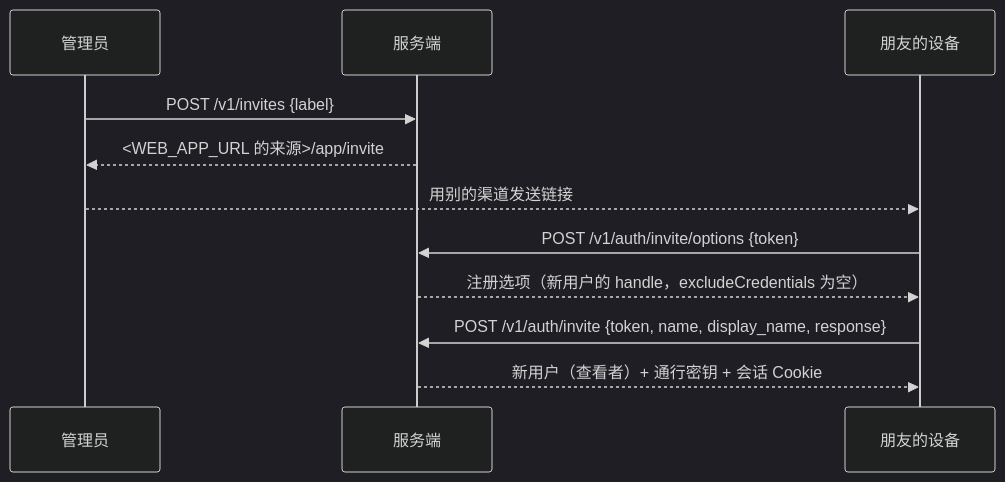
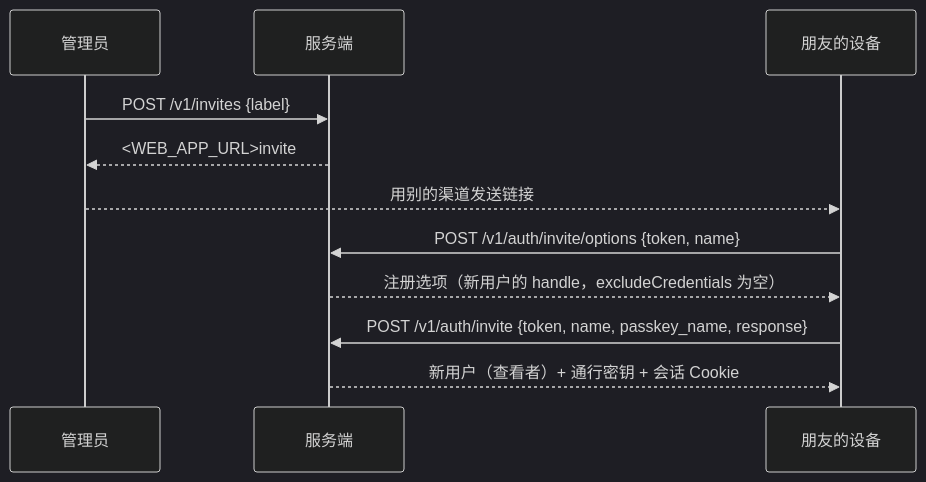
The diagram in docs/design/multi-user.md (sxzz/midden), drawn with Mermaid (dark theme) before and after one commit. The commit also changed other lines of this file and 12 other files, not shown here.

````diff
--- a/docs/design/multi-user.md
+++ b/docs/design/multi-user.md
@@ -288,13 +288,13 @@
 ```mermaid
 sequenceDiagram
     participant A as 管理员
     participant S as 服务端
     participant F as 朋友的设备
     A->>S: POST /v1/invites {label}
-    S-->>A: <WEB_APP_URL 的来源>/app/invite#<令牌>（只显示一次）
+    S-->>A: <WEB_APP_URL>invite#<令牌>（只显示一次）
     A-->>F: 用别的渠道发送链接
-    F->>S: POST /v1/auth/invite/options {token}
+    F->>S: POST /v1/auth/invite/options {token, name}
     S-->>F: 注册选项（新用户的 handle，excludeCredentials 为空）
-    F->>S: POST /v1/auth/invite {token, name, display_name, response}
+    F->>S: POST /v1/auth/invite {token, name, passkey_name, response}
     S-->>F: 新用户（查看者）+ 通行密钥 + 会话 Cookie
 ```
````
